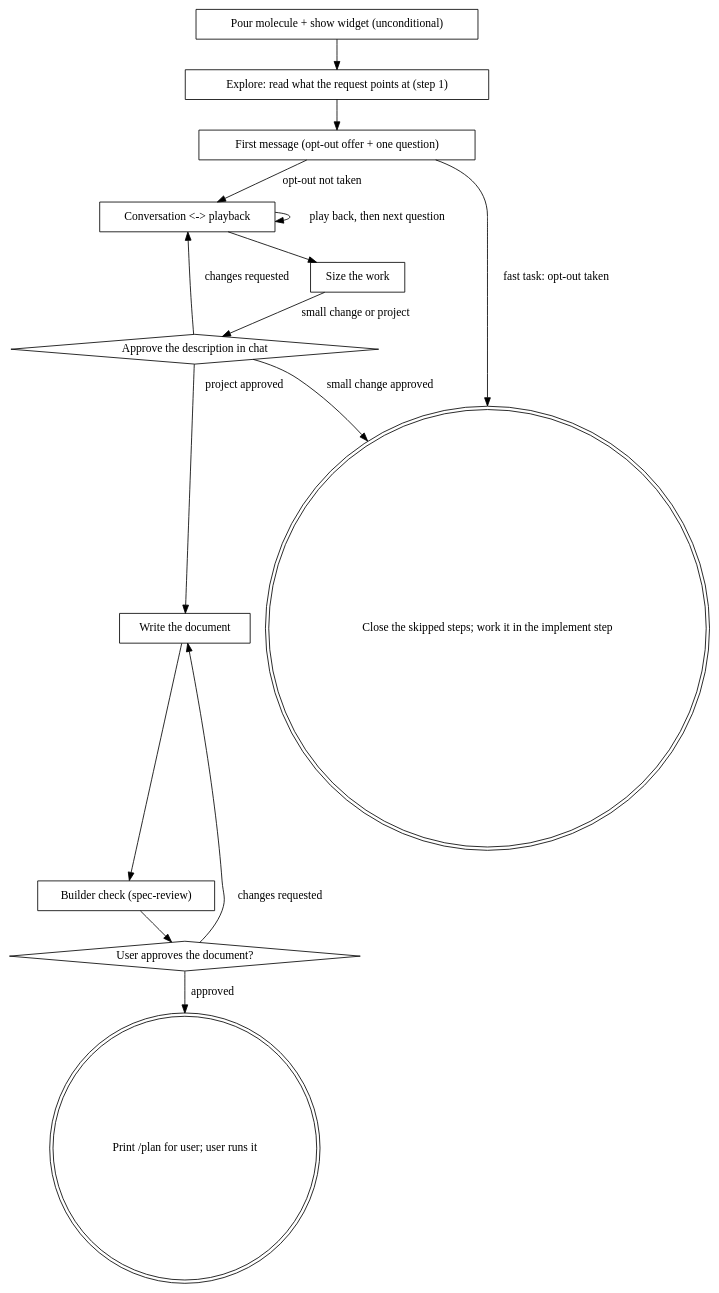
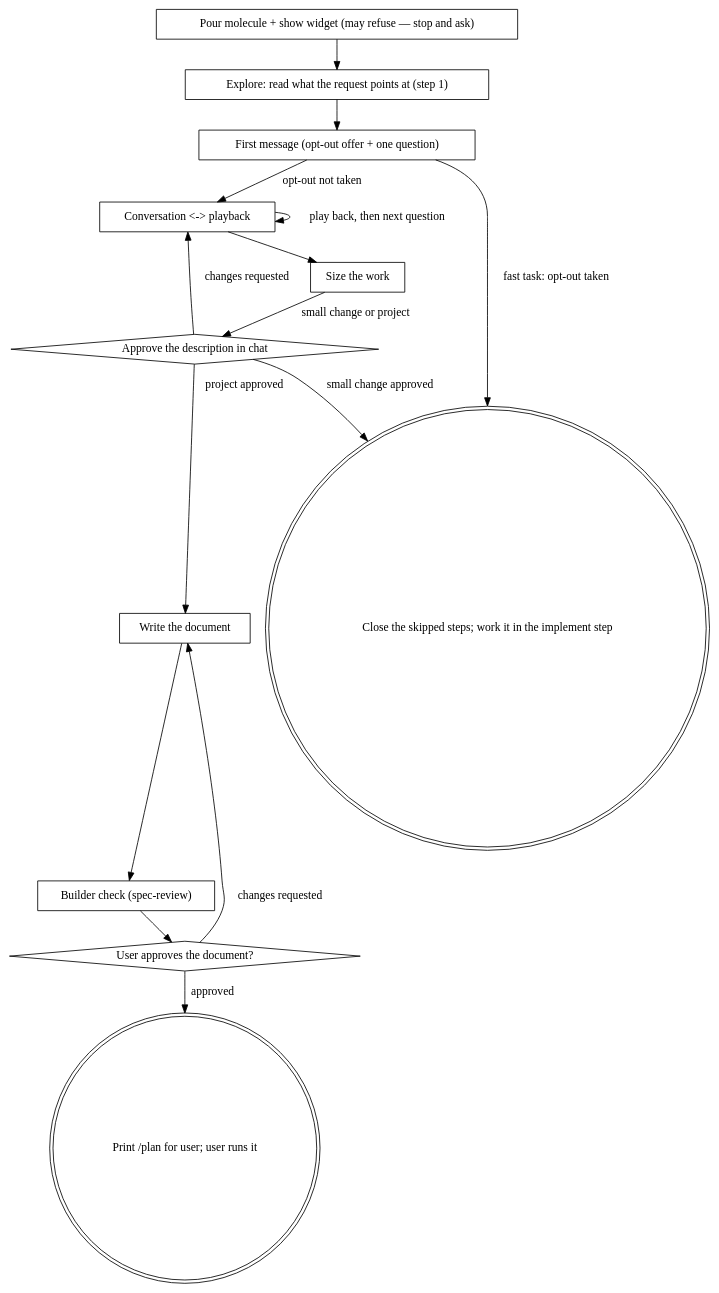
The diagram in packages/pi-superpowers-plus/skills/brainstorming/reference/process-flow.md (johnstegeman/pi-packages), drawn with Graphviz before and after one commit. The commit also changed 4 other files, not shown here.

Commit message:
docs(superpowers): the pour can refuse — stop and ask

````diff
--- a/packages/pi-superpowers-plus/skills/brainstorming/reference/process-flow.md
+++ b/packages/pi-superpowers-plus/skills/brainstorming/reference/process-flow.md
@@ -3,30 +3,30 @@
 ```dot
 digraph brainstorming {
-    "Pour molecule + show widget (unconditional)" [shape=box];
+    "Pour molecule + show widget (may refuse — stop and ask)" [shape=box];
     "Explore: read what the request points at (step 1)" [shape=box];
     "First message (opt-out offer + one question)" [shape=box];
     "Conversation <-> playback" [shape=box];
     "Size the work" [shape=box];
     "Approve the description in chat" [shape=diamond];
     "Close the skipped steps; work it in the implement step" [shape=doublecircle];
     "Write the document" [shape=box];
     "Builder check (spec-review)" [shape=box];
     "User approves the document?" [shape=diamond];
     "Print /plan for user; user runs it" [shape=doublecircle];
 
-    "Pour molecule + show widget (unconditional)" -> "Explore: read what the request points at (step 1)";
+    "Pour molecule + show widget (may refuse — stop and ask)" -> "Explore: read what the request points at (step 1)";
     "Explore: read what the request points at (step 1)" -> "First message (opt-out offer + one question)";
     "First message (opt-out offer + one question)" -> "Conversation <-> playback" [label="opt-out not taken"];
     "First message (opt-out offer + one question)" -> "Close the skipped steps; work it in the implement step" [label="fast task: opt-out taken"];
     "Conversation <-> playback" -> "Conversation <-> playback" [label="play back, then next question"];
     "Conversation <-> playback" -> "Size the work";
     "Size the work" -> "Approve the description in chat" [label="small change or project"];
     "Approve the description in chat" -> "Close the skipped steps; work it in the implement step" [label="small change approved"];
     "Approve the description in chat" -> "Write the document" [label="project approved"];
     "Approve the description in chat" -> "Conversation <-> playback" [label="changes requested"];
     "Write the document" -> "Builder check (spec-review)";
     "Builder check (spec-review)" -> "User approves the document?";
     "User approves the document?" -> "Write the document" [label="changes requested"];
     "User approves the document?" -> "Print /plan for user; user runs it" [label="approved"];
 }
 ```
````
